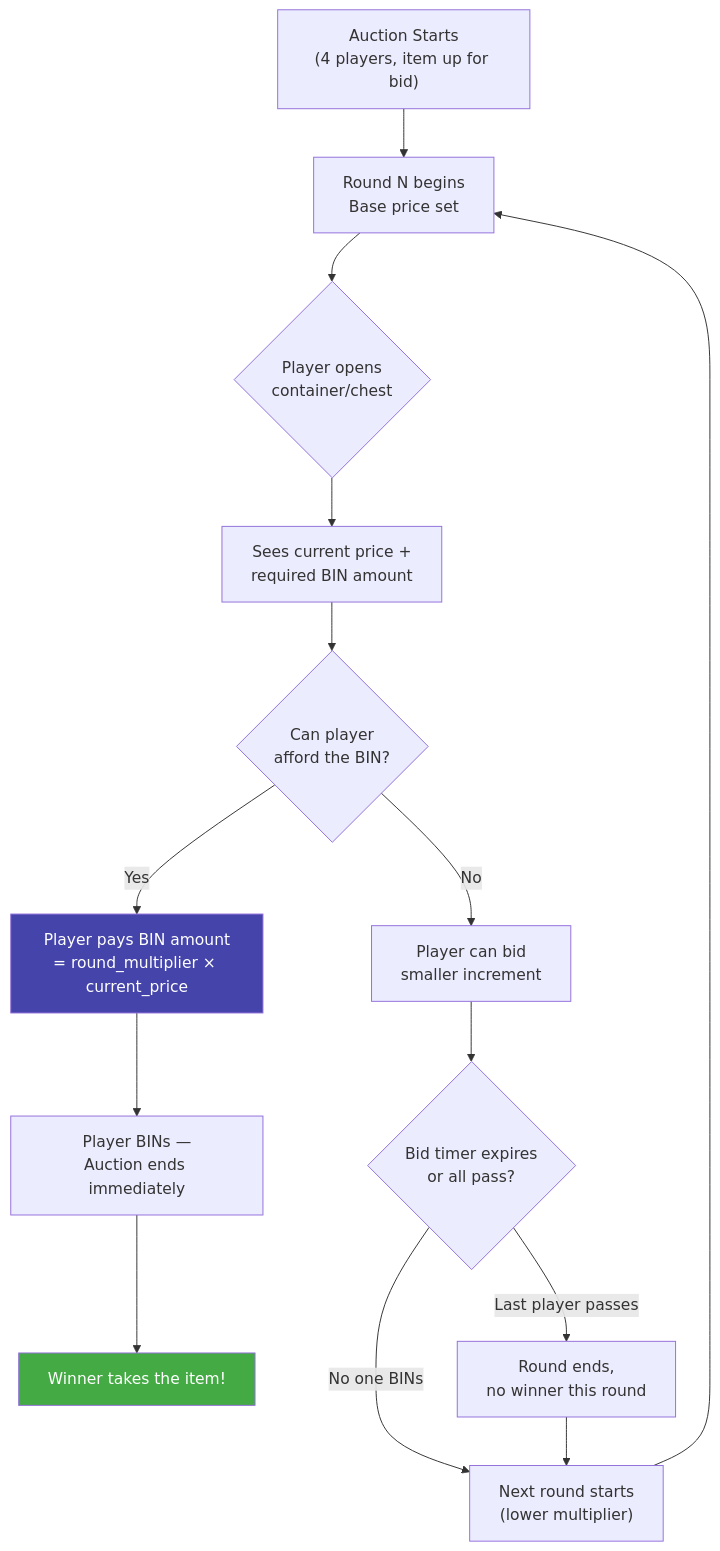
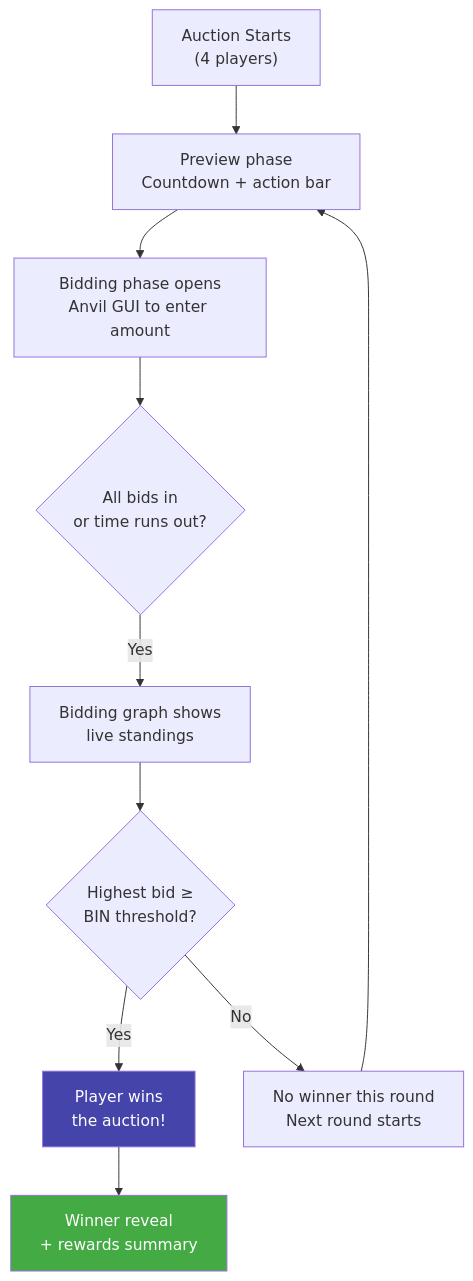
Before and after one commit to YueMi-Development/MC-Magic-Auction: the diagram in CLAUDE.md, drawn with Mermaid. The commit also changed other lines of this file and 1 other file, not shown here.

Commit message:
docs: update mermaid chart and game description to match simplified flow
- Rewrite mermaid charts in both README.md and CLAUDE.md to reflect
  the current 3-phase flow (preview → bid → graph → evaluate)
- Update game rule descriptions to match simplified player messages
- Document action bar countdowns, multiplier coloring, rewards summary
- Remove references to BIN price in chat and ??? placeholder names
- Update GUI lifecycle docs for the new timer system

````diff
--- a/CLAUDE.md
+++ b/CLAUDE.md
@@ -37,19 +37,15 @@
 ```mermaid
 flowchart TD
-    A["Auction Starts<br/>(4 players, item up for bid)"] --> B["Round N begins<br/>Base price set"]
-    B --> C{"Player opens<br/>container/chest"}
-    C --> D["Sees current price +<br/>required BIN amount"]
-    D --> E{"Can player<br/>afford the BIN?"}
-    E -->|Yes| F["Player pays BIN amount<br/>= round_multiplier × current_price"]
-    F --> G["Player BINs —<br/>Auction ends immediately"]
-    G --> H["Winner takes the item!"]
-    E -->|No| I["Player can bid<br/>smaller increment"]
-    I --> J{"Bid timer expires<br/>or all pass?"}
-    J -->|No one BINs| K["Next round starts<br/>(lower multiplier)"]
-    K --> B
-    J -->|Last player passes| L["Round ends,<br/>no winner this round"]
-    L --> K
+    A["Auction Starts<br/>(4 players)"] --> B["Preview phase<br/>Countdown + action bar"]
+    B --> C["Bidding phase opens<br/>Anvil GUI to enter amount"]
+    C --> D{"All bids in<br/>or time runs out?"}
+    D -->|Yes| E["Bidding graph shows<br/>live standings"]
+    E --> F{"Highest bid ≥<br/>BIN threshold?"}
+    F -->|Yes| G["Player wins<br/>the auction!"]
+    F -->|No| H["No winner this round<br/>Next round starts"]
+    H --> B
+    G --> I["Winner reveal<br/>+ rewards summary"]
 
-    style H fill:#4a4,color:#fff
-    style F fill:#44a,color:#fff
+    style I fill:#4a4,color:#fff
+    style G fill:#44a,color:#fff
 ```
````
